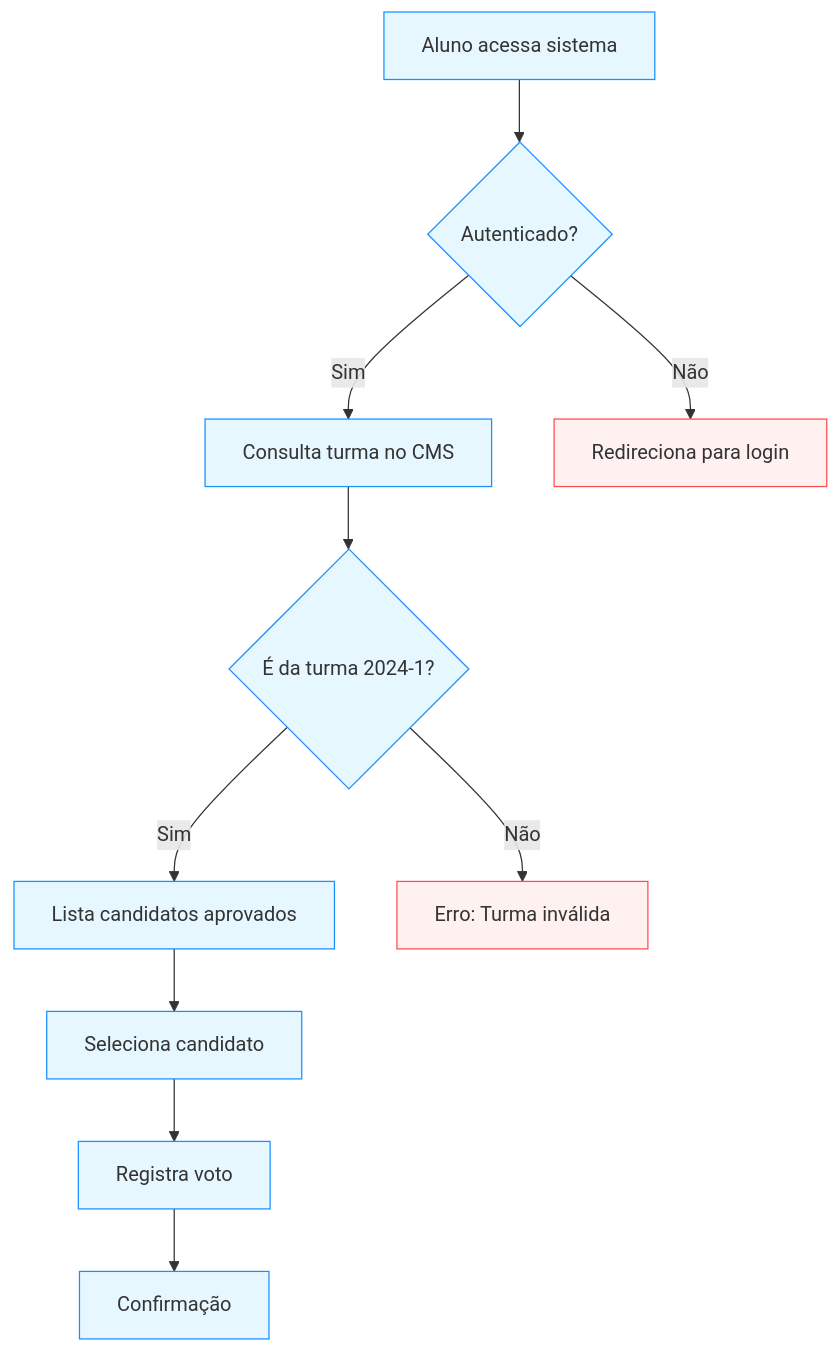
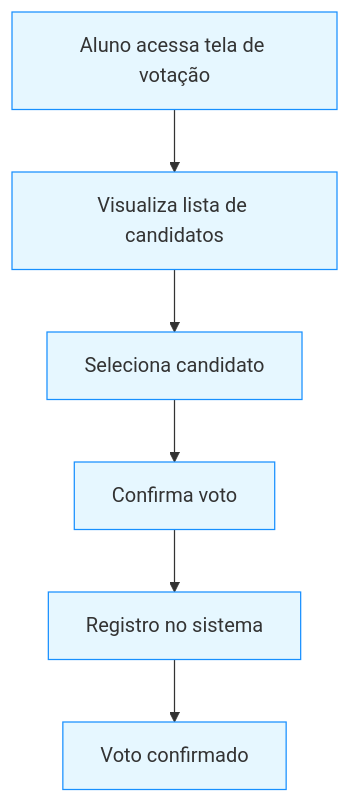
Before and after one commit to laboratorio-de-praticas/votacao-be: the first of 2 diagrams in README.md, drawn with Mermaid. The commit also changed other lines of this file, not shown here.

````diff
--- a/README.md
+++ b/README.md
@@ -29,17 +28,11 @@
 ```mermaid
 flowchart TD
-    A[Aluno acessa sistema] --> B{Autenticado?}
-    B -->|Sim| C[Consulta turma no CMS]
-    B -->|Não| Z[Redireciona para login]
-    C --> D{É da turma 2024-1?}
-    D -->|Sim| E[Lista candidatos aprovados]
-    D -->|Não| Y[Erro: Turma inválida]
-    E --> F[Seleciona candidato]
-    F --> G[Registra voto]
-    G --> H[Confirmação]
+    A[Aluno acessa tela de votação] --> B[Visualiza lista de candidatos]
+    B --> C[Seleciona candidato]
+    C --> D[Confirma voto]
+    D --> E[Registro no sistema]
+    E --> F[Voto confirmado]
     
-    classDef sucesso fill:#e6f7ff,stroke:#1890ff;
-    classDef erro fill:#fff1f0,stroke:#ff4d4f;
-    class A,B,C,D,E,F,G,H sucesso;
-    class Y,Z erro;
+    classDef fluxo fill:#e6f7ff,stroke:#1890ff;
+    class A,B,C,D,E,F fluxo;
 ```
````
